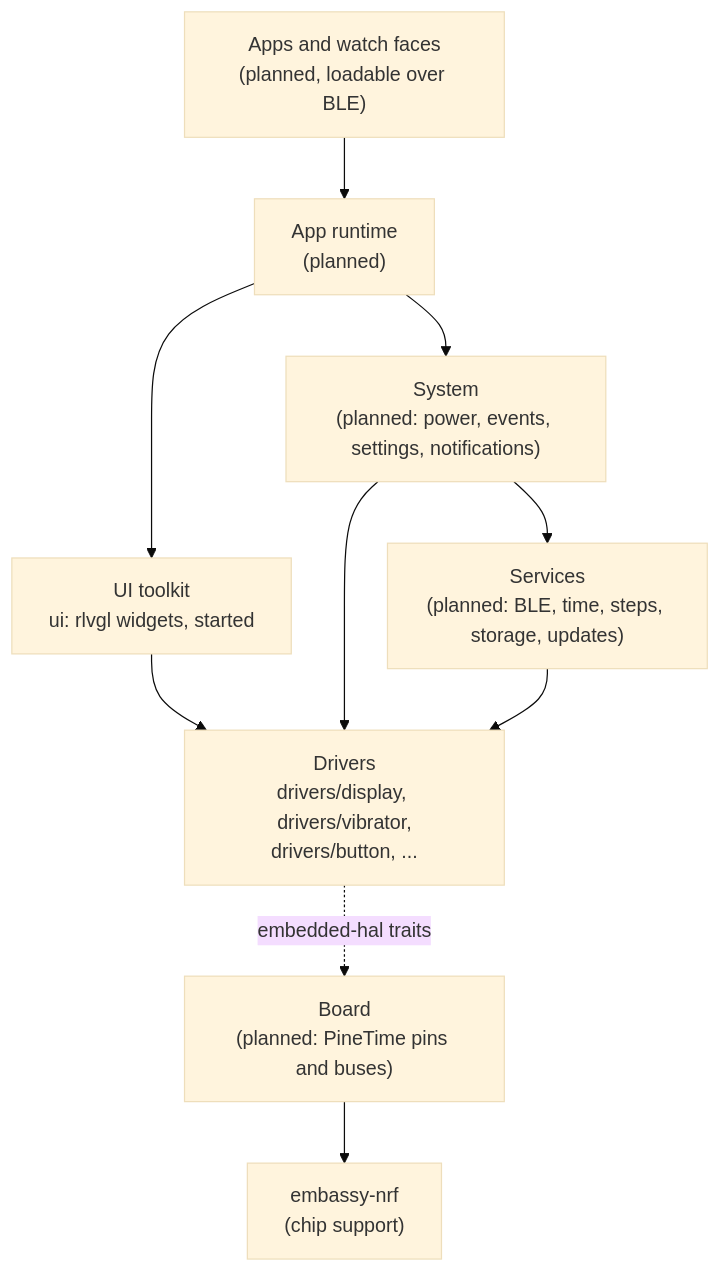
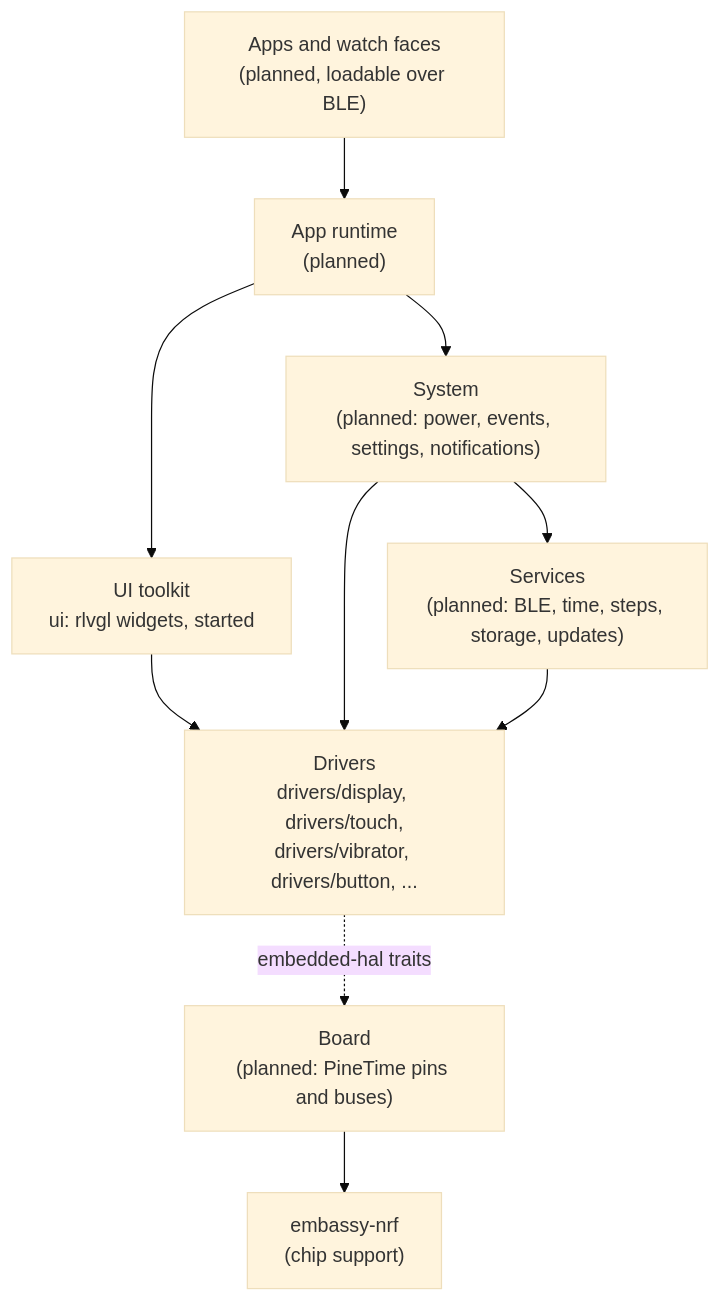
The diagram in docs/architecture.md (BeatLink/BattleTime), drawn with Mermaid (base theme) before and after one commit. The commit also changed other lines of this file and 5 other files, not shown here.

````diff
--- a/docs/architecture.md
+++ b/docs/architecture.md
@@ -26,21 +26,21 @@
 ```mermaid
 flowchart TB
     apps["Apps and watch faces<br/>(planned, loadable over BLE)"]
     runtime["App runtime<br/>(planned)"]
     ui["UI toolkit<br/>ui: rlvgl widgets, started"]
     system["System<br/>(planned: power, events, settings, notifications)"]
     services["Services<br/>(planned: BLE, time, steps, storage, updates)"]
-    drivers["Drivers<br/>drivers/display, drivers/vibrator,<br/>drivers/button, ..."]
+    drivers["Drivers<br/>drivers/display, drivers/touch,<br/>drivers/vibrator, drivers/button, ..."]
     board["Board<br/>(planned: PineTime pins and buses)"]
     hal["embassy-nrf<br/>(chip support)"]
 
     apps --> runtime
     runtime --> ui
     runtime --> system
     ui --> drivers
     system --> services
     system --> drivers
     services --> drivers
     drivers -. embedded-hal traits .-> board
     board --> hal
 ```
````
